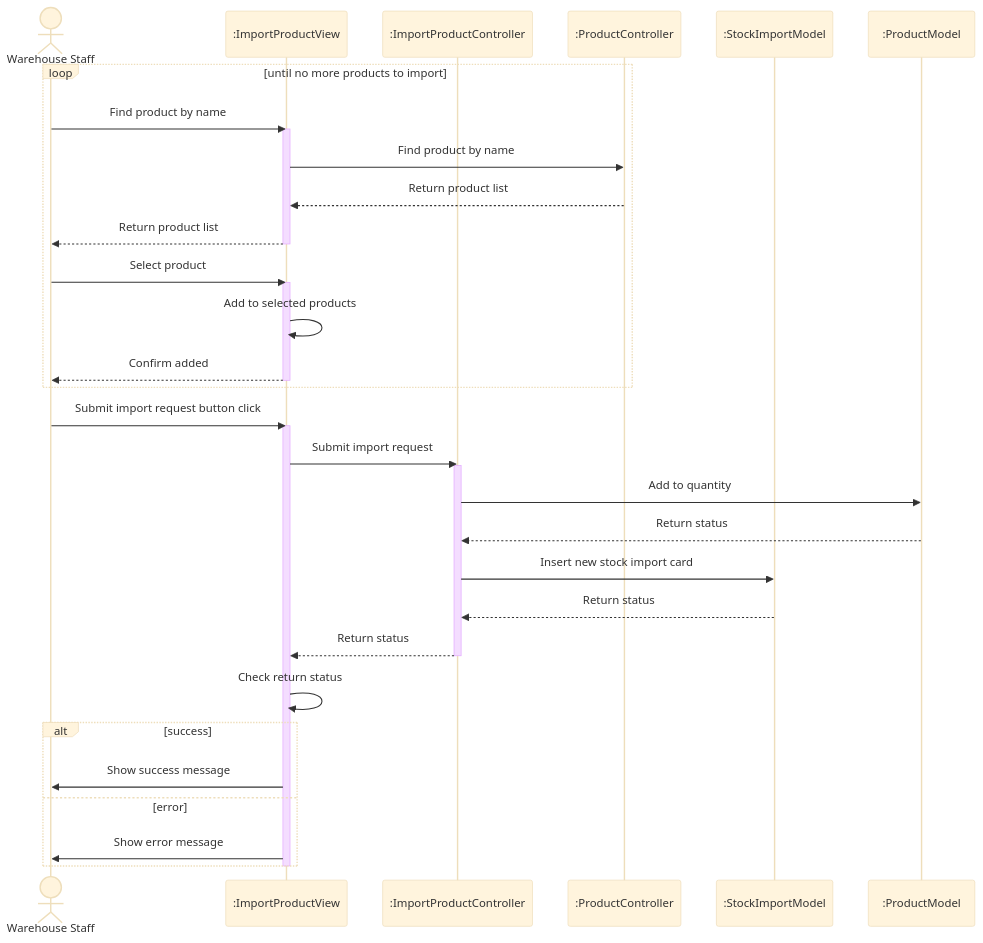
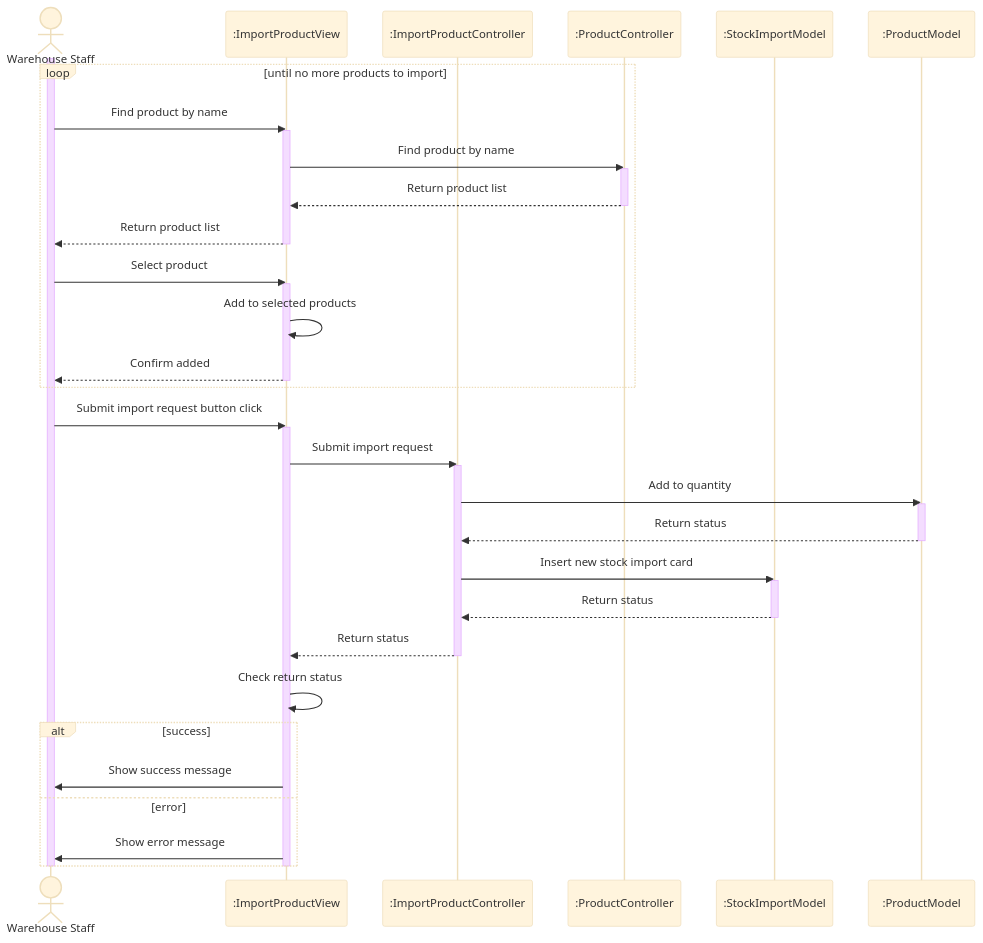
One commit to vanhhhhhhhhhhhh/Warehouse_Management changed the diagram in diagrams/uc_22_import_product.mmd. Above: the diagram before and after it, drawn with Mermaid (base theme). The commit also changed 1 other file, not shown here.

Commit message:
update diagrams

```diff
--- a/diagrams/uc_22_import_product.mmd
+++ b/diagrams/uc_22_import_product.mmd
@@ -1,40 +1,53 @@
 sequenceDiagram
     actor S as Warehouse Staff
     participant IPV as :ImportProductView
     participant IPC as :ImportProductController
     participant PC as :ProductController
     participant SIM as :StockImportModel
     participant P as :ProductModel
 
+    activate S
+
     loop until no more products to import
         S->>IPV: Find product by name
         activate IPV
         IPV->>PC: Find product by name
+        activate PC
         PC-->>IPV: Return product list
+        deactivate PC
         IPV-->>S: Return product list
         deactivate IPV
 
         S->>IPV: Select product
         activate IPV
         IPV->>IPV: Add to selected products
         IPV-->>S: Confirm added
         deactivate IPV
     end
 
     S->>IPV: Submit import request button click
     activate IPV
     IPV->>IPC: Submit import request
     activate IPC
     IPC->>P: Add to quantity
+
+    activate P
     P-->>IPC: Return status
+    deactivate P
+
     IPC->>SIM: Insert new stock import card
+    activate SIM
     SIM-->>IPC: Return status
+    deactivate SIM
+
     IPC-->>IPV: Return status
     deactivate IPC
     IPV->>IPV: Check return status
     alt success
         IPV->>S: Show success message
     else error
         IPV->>S: Show error message
     end
     deactivate IPV
+
+    deactivate S
```
